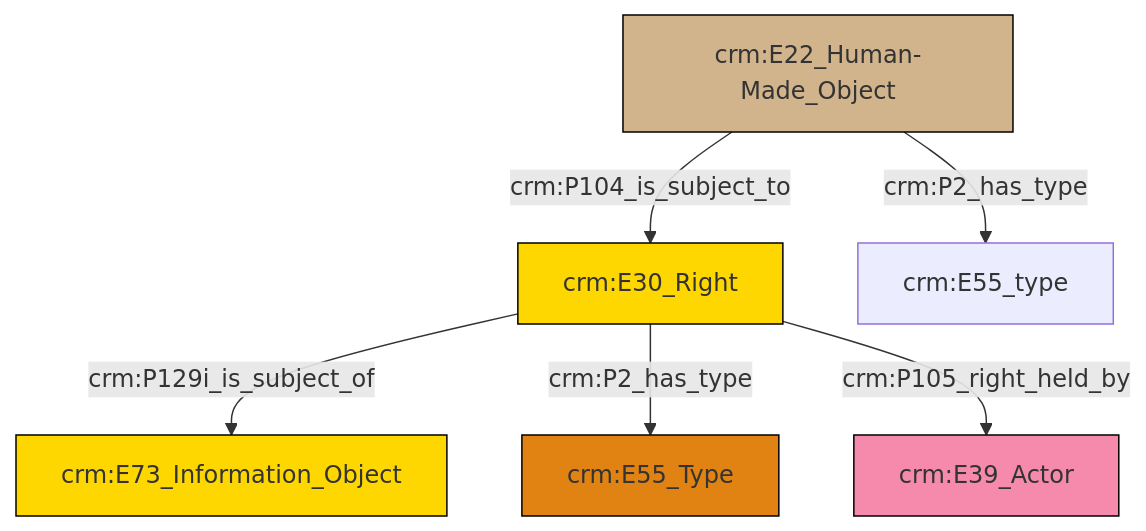
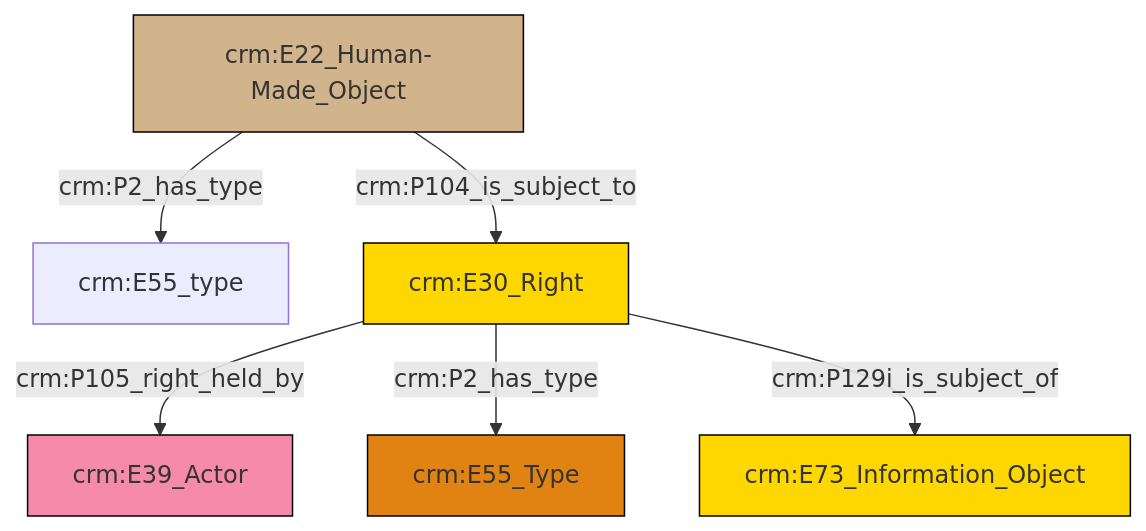
One commit to swiss-art-research-net/docs.swissartresearch changed the diagram in et/builtWorkCSV/ttl/mmd/Built_Work_rights.ttl.mmd. Above: the diagram before and after it, drawn with Mermaid. The commit also changed 176 other files, not shown here.

```diff
--- a/et/builtWorkCSV/ttl/mmd/Built_Work_rights.ttl.mmd
+++ b/et/builtWorkCSV/ttl/mmd/Built_Work_rights.ttl.mmd
@@ -1,20 +1,20 @@
 graph TD
 classDef Literal fill:#f2f2f2,stroke:#000000;
 classDef CRM_Entity fill:#FFFFFF,stroke:#000000;
 classDef Temporal_Entity fill:#00C9E6, stroke:#000000;
 classDef Type fill:#E18312, stroke:#000000;
 classDef Time-Span fill:#2C9C91, stroke:#000000;
 classDef Appellation fill:#FFEB7F, stroke:#000000;
 classDef Place fill:#008836, stroke:#000000;
 classDef Persistent_Item fill:#B266B2, stroke:#000000;
 classDef Conceptual_Object fill:#FFD700, stroke:#000000;
 classDef Physical_Thing fill:#D2B48C, stroke:#000000;
 classDef Actor fill:#f58aad, stroke:#000000;
 classDef PC_Classes fill:#4ce600, stroke:#000000;
 classDef Multi fill:#cccccc,stroke:#000000;
 
-0["crm:E30_Right"]:::Conceptual_Object -->|crm:P129i_is_subject_of| 1["crm:E73_Information_Object"]:::Conceptual_Object
-0["crm:E30_Right"]:::Conceptual_Object -->|crm:P2_has_type| 4["crm:E55_Type"]:::Type
-2["crm:E22_Human-Made_Object"]:::Physical_Thing -->|crm:P104_is_subject_to| 0["crm:E30_Right"]:::Conceptual_Object
-2["crm:E22_Human-Made_Object"]:::Physical_Thing -->|crm:P2_has_type| 6["crm:E55_type"]:::Default
-0["crm:E30_Right"]:::Conceptual_Object -->|crm:P105_right_held_by| 9["crm:E39_Actor"]:::Actor
+4["crm:E30_Right"]:::Conceptual_Object -->|crm:P105_right_held_by| 0["crm:E39_Actor"]:::Actor
+4["crm:E30_Right"]:::Conceptual_Object -->|crm:P2_has_type| 5["crm:E55_Type"]:::Type
+7["crm:E22_Human-Made_Object"]:::Physical_Thing -->|crm:P104_is_subject_to| 4["crm:E30_Right"]:::Conceptual_Object
+7["crm:E22_Human-Made_Object"]:::Physical_Thing -->|crm:P2_has_type| 2["crm:E55_type"]:::Default
+4["crm:E30_Right"]:::Conceptual_Object -->|crm:P129i_is_subject_of| 9["crm:E73_Information_Object"]:::Conceptual_Object
```
